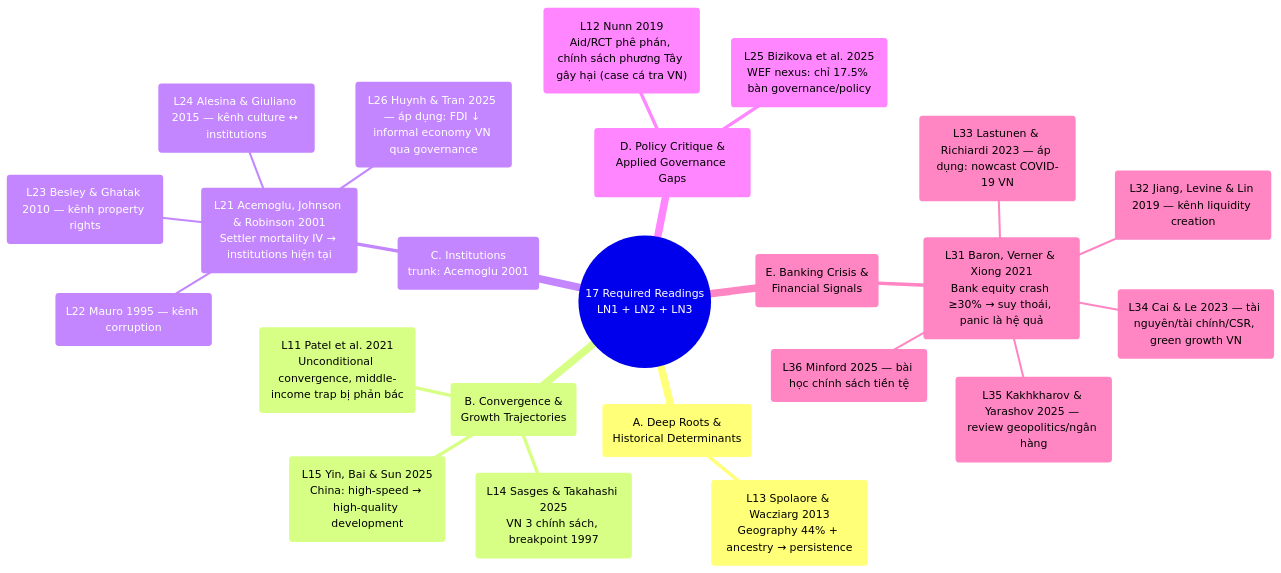
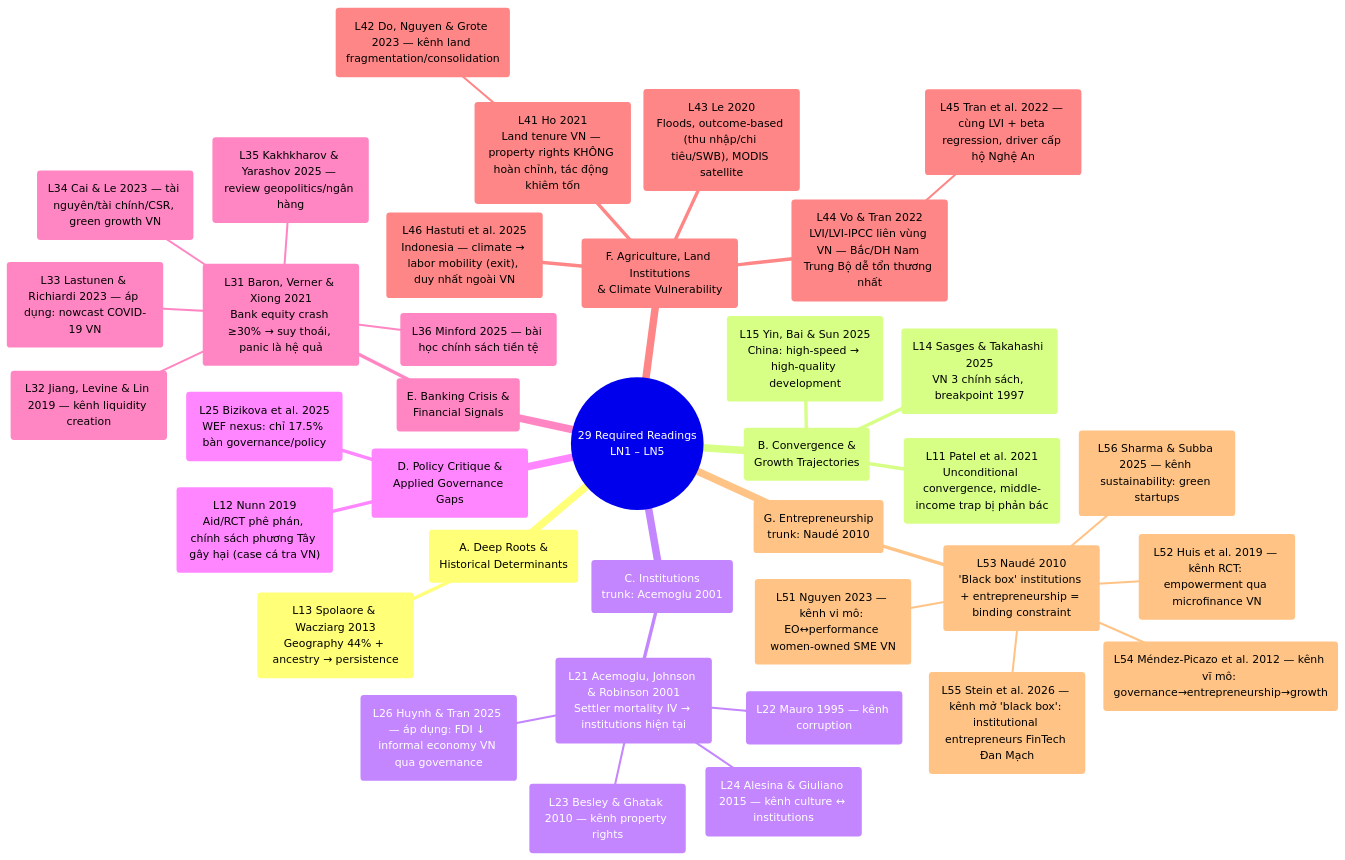
Before and after one commit to tctruc79/32dbc_wiki: the diagram in content/synthesis/all-papers-mindmap.md, drawn with Mermaid. The commit also changed other lines of this file and 41 other files, not shown here.

First line of the commit message:
sync: publish LN4 (Agriculture, Climate Change & Natural Disasters) + LN5 (Entrepreneurship & Economic Development)

````diff
--- a/content/synthesis/all-papers-mindmap.md
+++ b/content/synthesis/all-papers-mindmap.md
@@ -22,26 +24,40 @@
 ```mermaid
 mindmap
-  root(("17 Required Readings<br/>LN1 + LN2 + LN3"))
+  root(("29 Required Readings<br/>LN1 – LN5"))
     ("A. Deep Roots &amp;<br/>Historical Determinants")
       ("L13 Spolaore &amp; Wacziarg 2013<br/>Geography 44% + ancestry → persistence")
     ("B. Convergence &amp;<br/>Growth Trajectories")
       ("L11 Patel et al. 2021<br/>Unconditional convergence, middle-income trap bị phản bác")
       ("L14 Sasges &amp; Takahashi 2025<br/>VN 3 chính sách, breakpoint 1997")
       ("L15 Yin, Bai &amp; Sun 2025<br/>China: high-speed → high-quality development")
     ("C. Institutions<br/>trunk: Acemoglu 2001")
       ("L21 Acemoglu, Johnson &amp; Robinson 2001<br/>Settler mortality IV → institutions hiện tại")
         ("L22 Mauro 1995 — kênh corruption")
         ("L23 Besley &amp; Ghatak 2010 — kênh property rights")
         ("L24 Alesina &amp; Giuliano 2015 — kênh culture ↔ institutions")
         ("L26 Huynh &amp; Tran 2025 — áp dụng: FDI ↓ informal economy VN qua governance")
     ("D. Policy Critique &amp;<br/>Applied Governance Gaps")
       ("L12 Nunn 2019<br/>Aid/RCT phê phán, chính sách phương Tây gây hại (case cá tra VN)")
       ("L25 Bizikova et al. 2025<br/>WEF nexus: chỉ 17.5% bàn governance/policy")
     ("E. Banking Crisis &amp;<br/>Financial Signals")
       ("L31 Baron, Verner &amp; Xiong 2021<br/>Bank equity crash ≥30% → suy thoái, panic là hệ quả")
         ("L32 Jiang, Levine &amp; Lin 2019 — kênh liquidity creation")
         ("L33 Lastunen &amp; Richiardi 2023 — áp dụng: nowcast COVID-19 VN")
         ("L34 Cai &amp; Le 2023 — tài nguyên/tài chính/CSR, green growth VN")
         ("L35 Kakhkharov &amp; Yarashov 2025 — review geopolitics/ngân hàng")
         ("L36 Minford 2025 — bài học chính sách tiền tệ")
+    ("F. Agriculture, Land Institutions<br/>&amp; Climate Vulnerability")
+      ("L41 Ho 2021<br/>Land tenure VN — property rights KHÔNG hoàn chỉnh, tác động khiêm tốn")
+        ("L42 Do, Nguyen &amp; Grote 2023 — kênh land fragmentation/consolidation")
+      ("L43 Le 2020<br/>Floods, outcome-based (thu nhập/chi tiêu/SWB), MODIS satellite")
+      ("L44 Vo &amp; Tran 2022<br/>LVI/LVI-IPCC liên vùng VN — Bắc/DH Nam Trung Bộ dễ tổn thương nhất")
+        ("L45 Tran et al. 2022 — cùng LVI + beta regression, driver cấp hộ Nghệ An")
+      ("L46 Hastuti et al. 2025<br/>Indonesia — climate → labor mobility (exit), duy nhất ngoài VN")
+    ("G. Entrepreneurship<br/>trunk: Naudé 2010")
+      ("L53 Naudé 2010<br/>'Black box' institutions + entrepreneurship = binding constraint")
+        ("L51 Nguyen 2023 — kênh vi mô: EO↔performance women-owned SME VN")
+        ("L52 Huis et al. 2019 — kênh RCT: empowerment qua microfinance VN")
+        ("L54 Méndez-Picazo et al. 2012 — kênh vĩ mô: governance→entrepreneurship→growth")
+        ("L55 Stein et al. 2026 — kênh mở 'black box': institutional entrepreneurs FinTech Đan Mạch")
+        ("L56 Sharma &amp; Subba 2025 — kênh sustainability: green startups")
 ```
````
